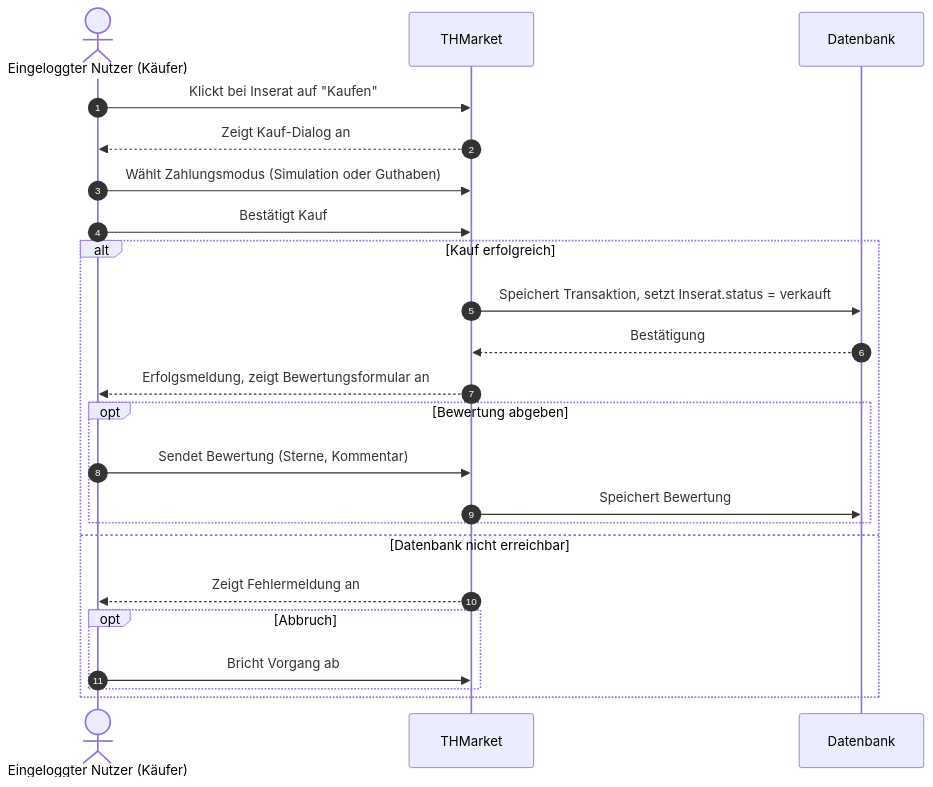
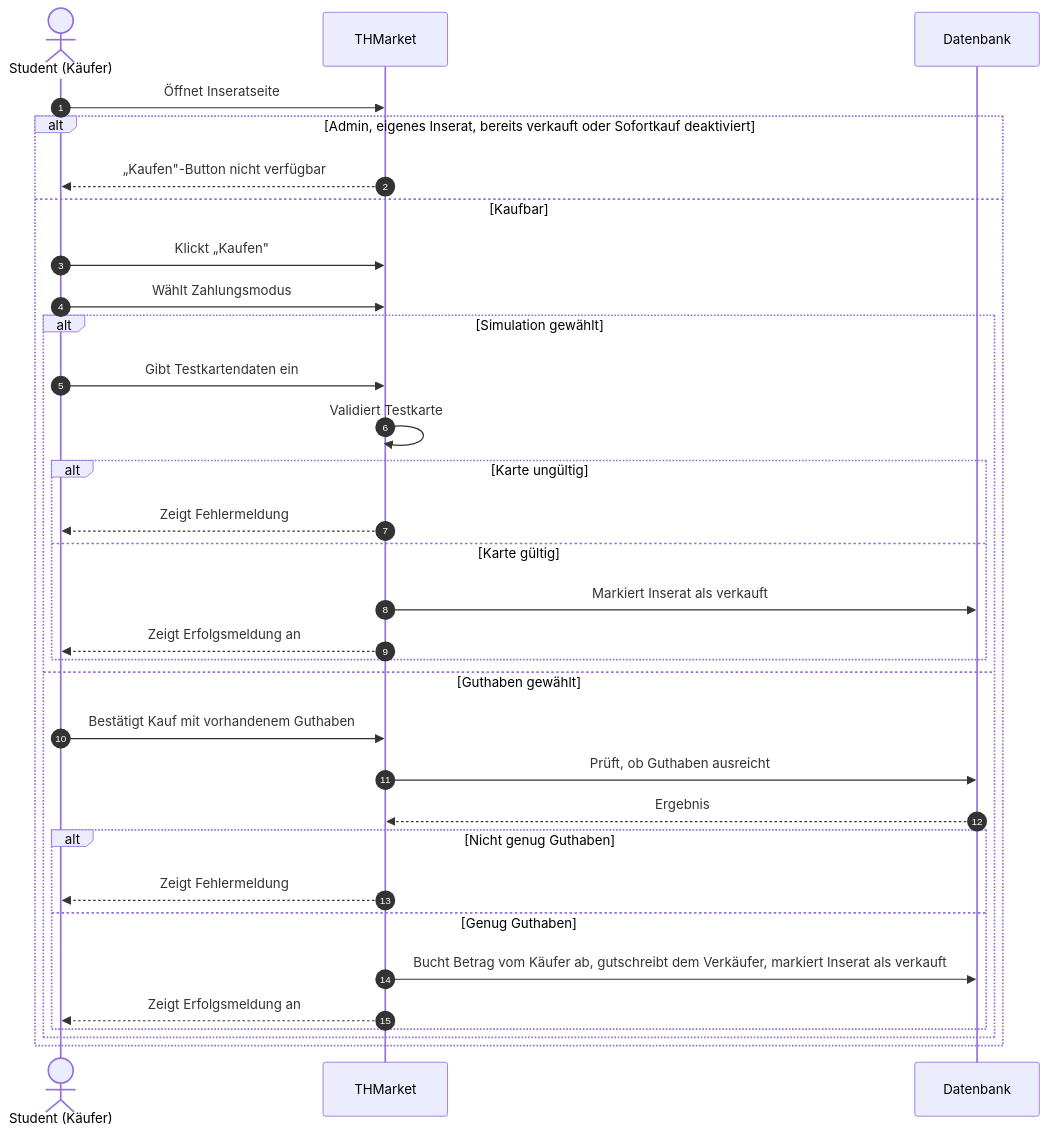
Before and after one commit to PatilYash0110/THMarket: the diagram in docs/spec/diagrams-code/f2-uc12-kauf_abschliessen.mermaid, drawn with Mermaid. The commit also changed 17 other files, not shown here.

Commit message:
Diagramme aktualisiert, UC13-16 und weitere Diagramme ergänzt

```diff
--- a/docs/spec/diagrams-code/f2-uc12-kauf_abschliessen.mermaid
+++ b/docs/spec/diagrams-code/f2-uc12-kauf_abschliessen.mermaid
@@ -1,25 +1,35 @@
 sequenceDiagram
     autonumber
-    actor Nutzer as Eingeloggter Nutzer (Käufer)
+    actor Kaeufer as Student (Käufer)
     participant System as THMarket
     participant DB as Datenbank
 
-    Nutzer->>System: Klickt bei Inserat auf "Kaufen"
-    System-->>Nutzer: Zeigt Kauf-Dialog an
-    Nutzer->>System: Wählt Zahlungsmodus (Simulation oder Guthaben)
-    Nutzer->>System: Bestätigt Kauf
+    Kaeufer->>System: Öffnet Inseratseite
 
-    alt Kauf erfolgreich
-        System->>DB: Speichert Transaktion, setzt Inserat.status = verkauft
-        DB-->>System: Bestätigung
-        System-->>Nutzer: Erfolgsmeldung, zeigt Bewertungsformular an
-        opt Bewertung abgeben
-            Nutzer->>System: Sendet Bewertung (Sterne, Kommentar)
-            System->>DB: Speichert Bewertung
-        end
-    else Datenbank nicht erreichbar
-        System-->>Nutzer: Zeigt Fehlermeldung an
-        opt Abbruch
-            Nutzer->>System: Bricht Vorgang ab
+    alt Admin, eigenes Inserat, bereits verkauft oder Sofortkauf deaktiviert
+        System-->>Kaeufer: „Kaufen"-Button nicht verfügbar
+    else Kaufbar
+        Kaeufer->>System: Klickt „Kaufen"
+        Kaeufer->>System: Wählt Zahlungsmodus
+
+        alt Simulation gewählt
+            Kaeufer->>System: Gibt Testkartendaten ein
+            System->>System: Validiert Testkarte
+            alt Karte ungültig
+                System-->>Kaeufer: Zeigt Fehlermeldung
+            else Karte gültig
+                System->>DB: Markiert Inserat als verkauft
+                System-->>Kaeufer: Zeigt Erfolgsmeldung an
+            end
+        else Guthaben gewählt
+            Kaeufer->>System: Bestätigt Kauf mit vorhandenem Guthaben
+            System->>DB: Prüft, ob Guthaben ausreicht
+            DB-->>System: Ergebnis
+            alt Nicht genug Guthaben
+                System-->>Kaeufer: Zeigt Fehlermeldung
+            else Genug Guthaben
+                System->>DB: Bucht Betrag vom Käufer ab, gutschreibt dem Verkäufer, markiert Inserat als verkauft
+                System-->>Kaeufer: Zeigt Erfolgsmeldung an
+            end
         end
     end
```
